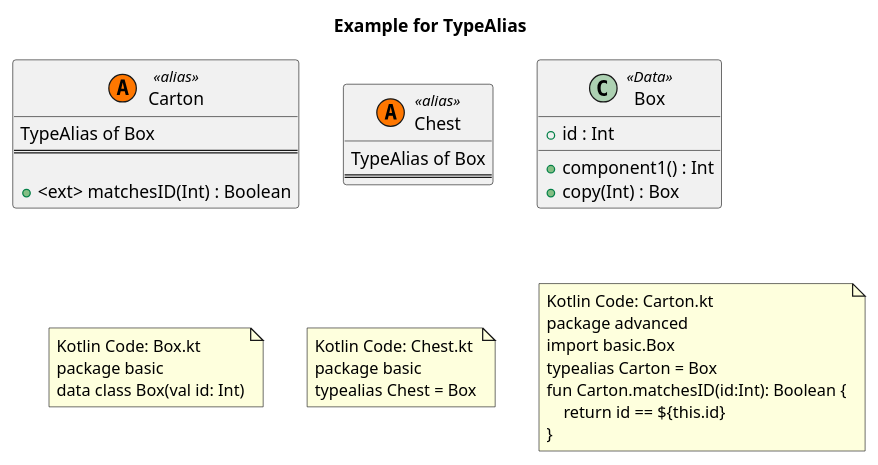
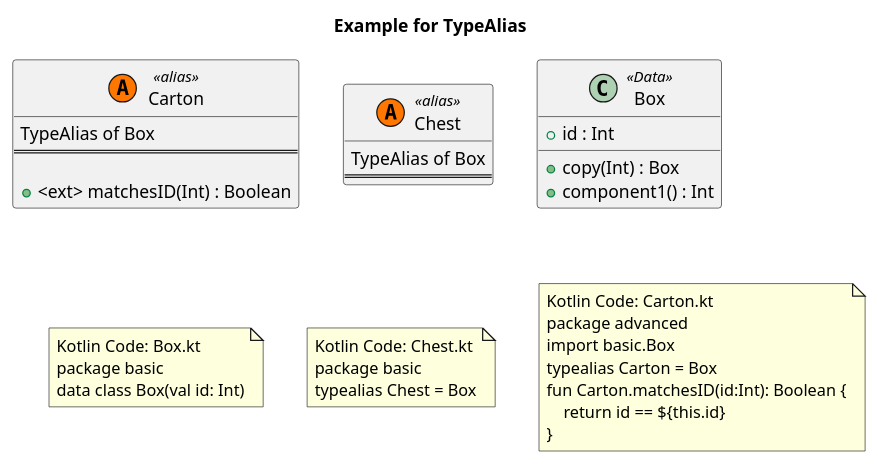
One commit to Tosaa/ksp-plantuml changed the diagram in doc/plantuml/Example_for_TypeAlias.puml. Above: the diagram before and after it, drawn with PlantUML. The commit also changed other lines of this file and 11 other files, not shown here.

```diff
--- a/doc/plantuml/Example_for_TypeAlias.puml
+++ b/doc/plantuml/Example_for_TypeAlias.puml
@@ -1,50 +1,50 @@
 @startuml
 title Example for TypeAlias
 'This file is generated by the GenerateExamplesForDoc test.
 
     'advanced.Carton
     class "Carton" as advanced_Carton << (A, #FF7700) alias>>{
         TypeAlias of Box
 		==
 
 		+ <ext> matchesID(Int) : Boolean
     }
 
 
     'basic.Chest
     class "Chest" as basic_Chest << (A, #FF7700) alias>>{
         TypeAlias of Box
 		==
     }
 
 
     'basic.Box
     class "Box" as basic_Box <<Data>>{
         + id : Int
+		+ copy(Int) : Box
 		+ component1() : Int
-		+ copy(Int) : Box
     }
 
 
 
 note as note_of_code_box
 Kotlin Code: Box.kt
 package basic
 data class Box(val id: Int)
 end note
 note as note_of_code_chest
 Kotlin Code: Chest.kt
 package basic
 typealias Chest = Box
 end note
 note as note_of_code_carton
 Kotlin Code: Carton.kt
 package advanced
 import basic.Box
 typealias Carton = Box
 fun Carton.matchesID(id:Int): Boolean {
     return id == ${this.id} 
 }
 end note
 
 @enduml
```
